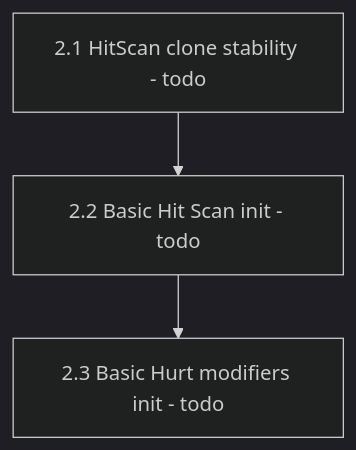
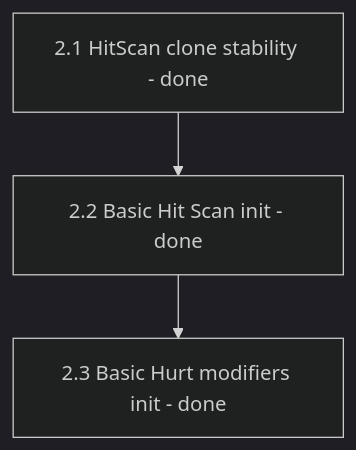
Before and after one commit to cluttered-code/godot-health-hitbox-hurtbox: the fourth of 8 diagrams in .cursor/plans/better_testing_coverage.md, drawn with Mermaid (dark theme). The commit also changed other lines of this file and 79 other files, not shown here.

First line of the commit message:
Wave A/B: HitScan clone & Basic init fixes, expanded tests (#23)

````diff
--- a/.cursor/plans/better_testing_coverage.md
+++ b/.cursor/plans/better_testing_coverage.md
@@ -119,5 +119,5 @@
 ```mermaid
 flowchart TB
-  T21["2.1 HitScan clone stability - todo"] --> T22["2.2 Basic Hit Scan init - todo"]
-  T22 --> T23["2.3 Basic Hurt modifiers init - todo"]
+  T21["2.1 HitScan clone stability - done"] --> T22["2.2 Basic Hit Scan init - done"]
+  T22 --> T23["2.3 Basic Hurt modifiers init - done"]
 ```
````
